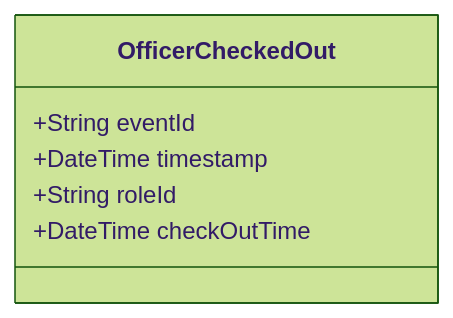
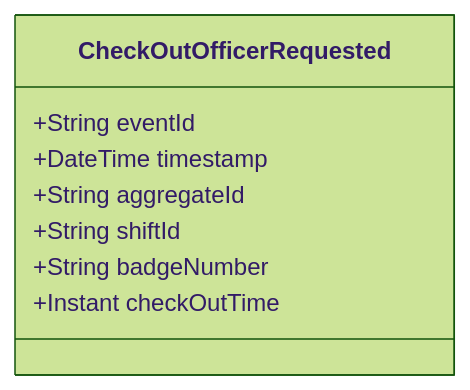
One commit to pgraff/police-system changed the diagram in doc/events/OfficerCheckedOut.md. Above: the diagram before and after it, drawn with Mermaid (forest theme). The commit also changed other lines of this file and 58 other files, not shown here.

````diff
--- a/doc/events/OfficerCheckedOut.md
+++ b/doc/events/OfficerCheckedOut.md
@@ -9,9 +9,11 @@
 ```mermaid
 classDiagram
-    class OfficerCheckedOut {
+    class CheckOutOfficerRequested {
         +String eventId
         +DateTime timestamp
-        +String roleId
-        +DateTime checkOutTime
+        +String aggregateId
+        +String shiftId
+        +String badgeNumber
+        +Instant checkOutTime
     }
 ```
````
